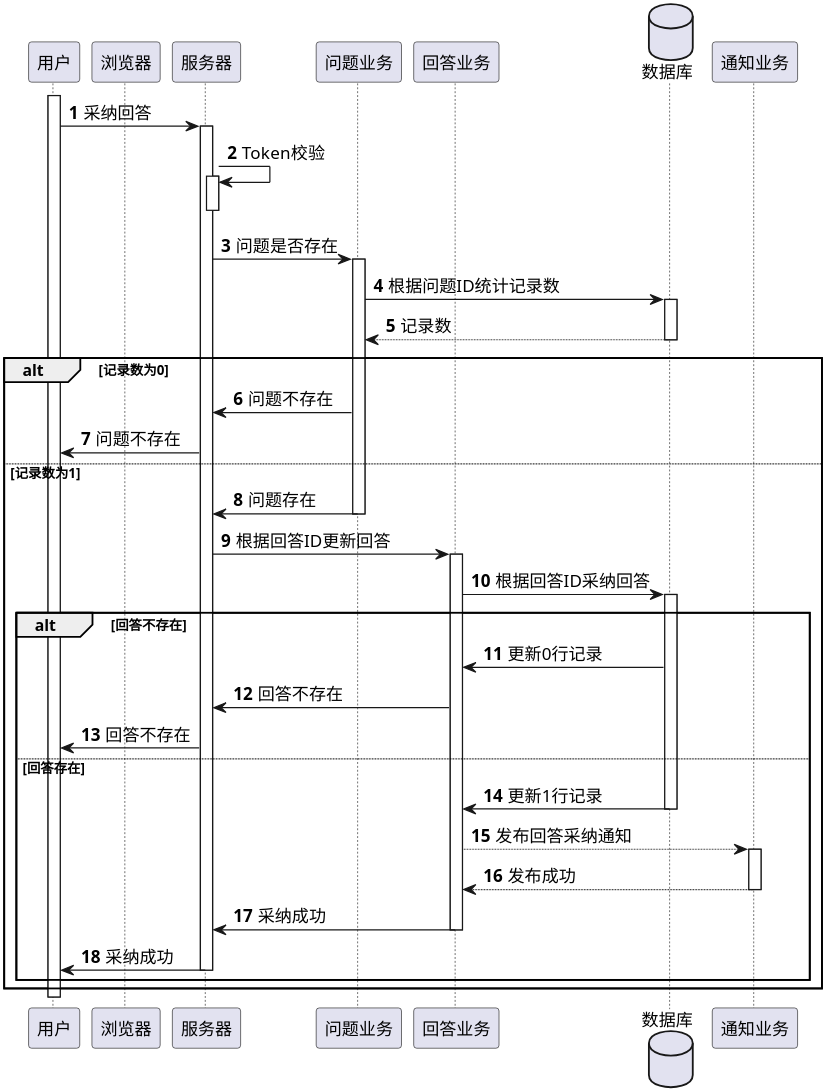
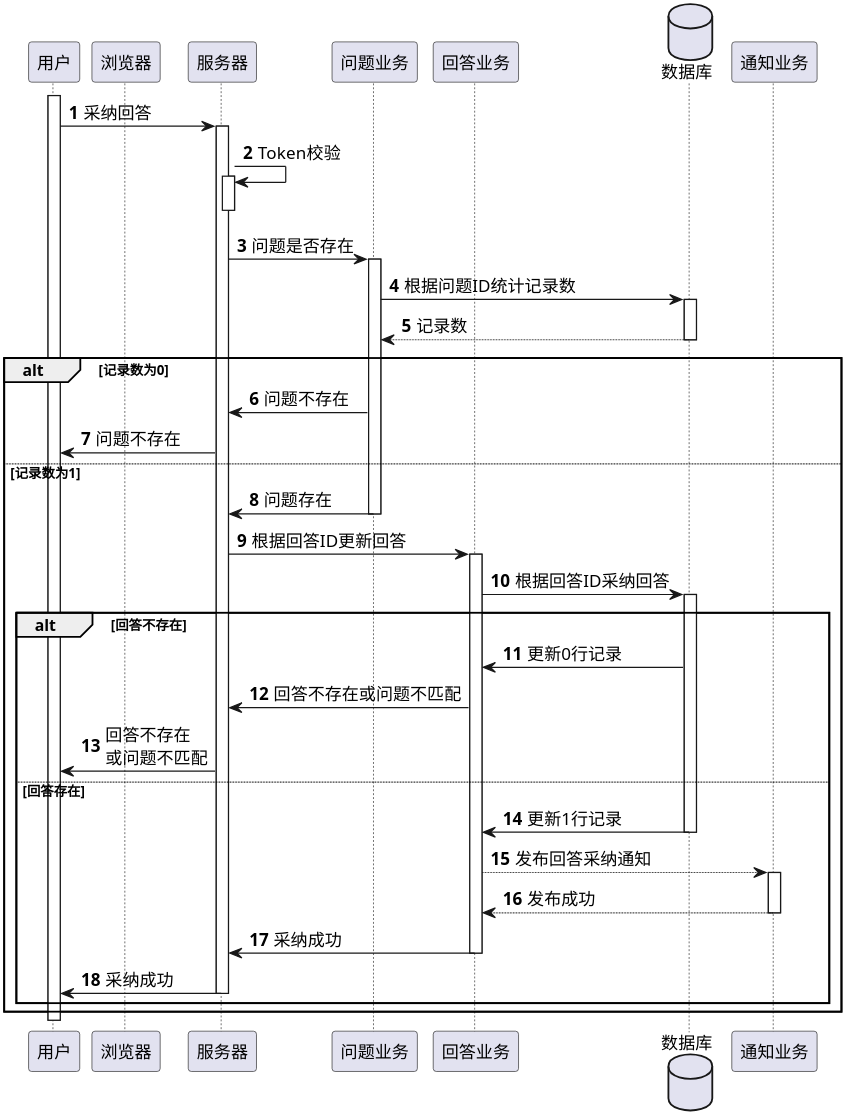
The diagram in uml/时序图/answer/采纳回答.puml (Etherealss/AskAnswer), drawn with PlantUML before and after one commit.

Commit message:
feat(uml): UML 时序图

```diff
--- a/uml/时序图/answer/采纳回答.puml
+++ b/uml/时序图/answer/采纳回答.puml
@@ -1,51 +1,51 @@
 @startuml
 'https://plantuml.com/sequence-diagram
 'https://plantuml.com/sequence-diagram
 skinparam shadowing false
 skinparam defaultFontName xfonts-wqy
 skinparam defaultFontName times
 skinparam dpi 300
 skinparam activity  {
     DiamondFontSize 14
     ArrowFontSize 14
     FontSize 14
 }
 autonumber
 participant 用户 as User
 participant 浏览器 as Browser
 participant 服务器 as Server
 participant 问题业务 as QuestionService
 participant 回答业务 as AnswerService
 database 数据库 as DB
 participant 通知业务 as NotificationService
 
 activate User
 User -> Server ++: 采纳回答
 Server -> Server ++--: Token校验
 Server -> QuestionService ++: 问题是否存在
 QuestionService -> DB ++: 根据问题ID统计记录数
 return 记录数
 alt 记录数为0
     Server <- QuestionService : 问题不存在
     User <- Server : 问题不存在
 else 记录数为1
     Server <- QuestionService --: 问题存在
     Server -> AnswerService ++: 根据回答ID更新回答
     AnswerService -> DB ++: 根据回答ID采纳回答
     alt 回答不存在
         AnswerService <- DB: 更新0行记录
-        Server <- AnswerService: 回答不存在
-        User <- Server: 回答不存在
+        Server <- AnswerService: 回答不存在或问题不匹配
+        User <- Server: 回答不存在\n或问题不匹配
     else 回答存在
         AnswerService <- DB --: 更新1行记录
         AnswerService --> NotificationService ++: 发布回答采纳通知
         return 发布成功
         Server <- AnswerService --: 采纳成功
         User <- Server --: 采纳成功
 
     end
 end
 
 deactivate User
 
 @enduml
```
